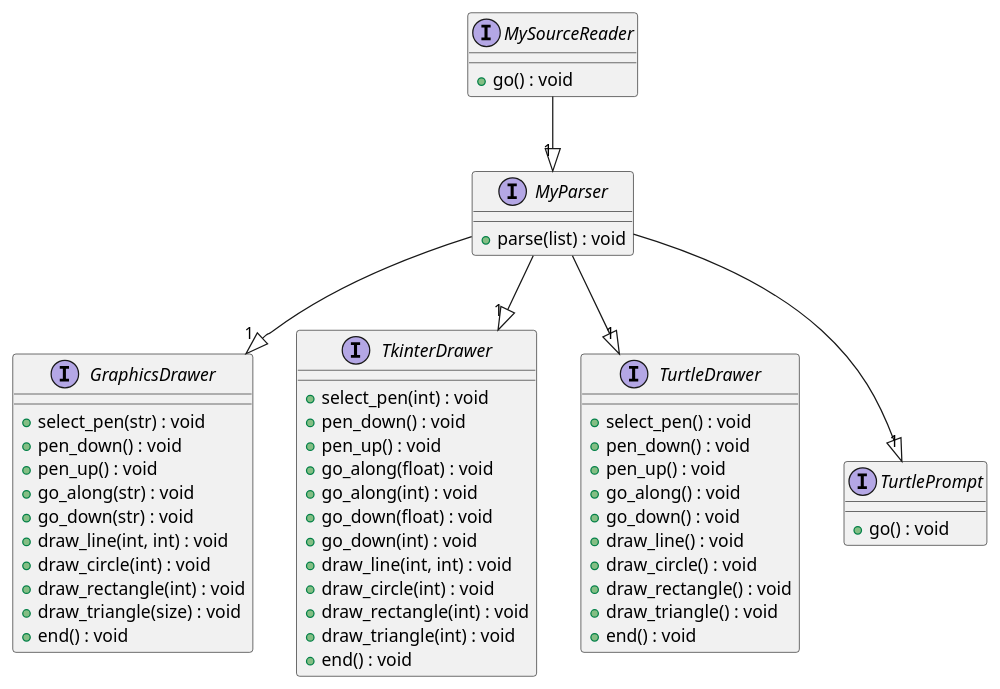
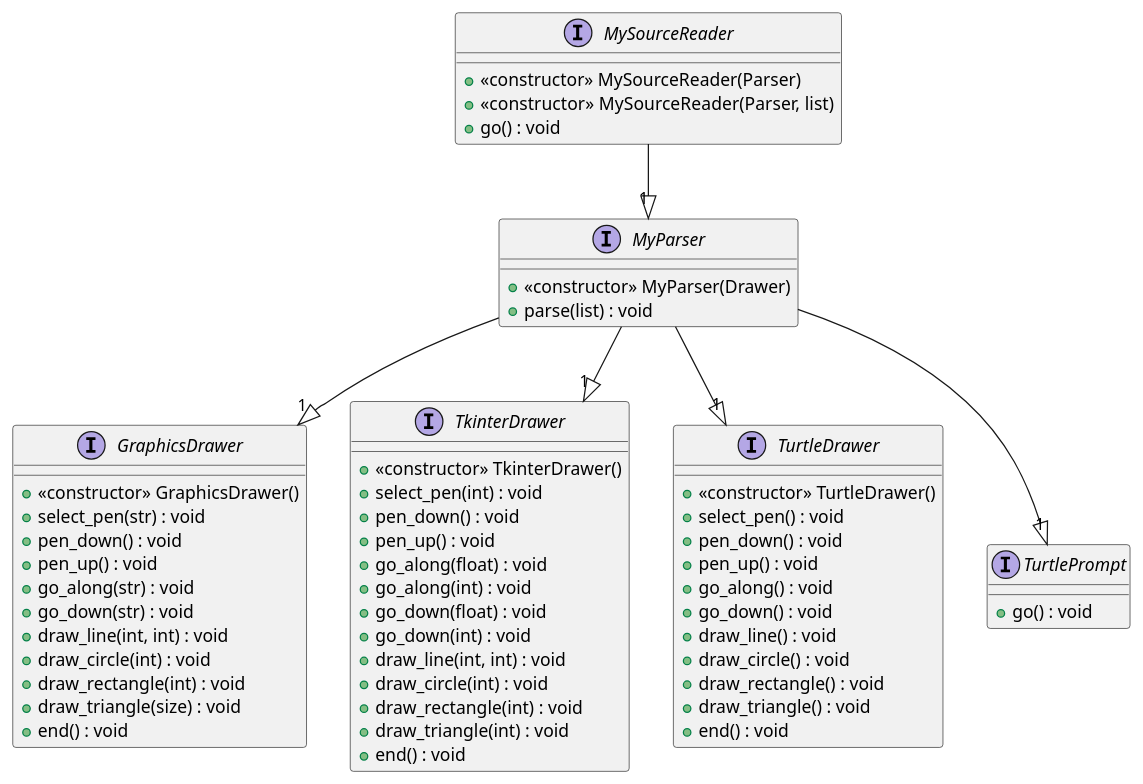
Before and after one commit to llouislu/bcpr301-a2: the diagram in docs/inteface_diagram.wsd, drawn with PlantUML.

Commit message:
add class constructor methods

```diff
--- a/docs/inteface_diagram.wsd
+++ b/docs/inteface_diagram.wsd
@@ -1,91 +1,98 @@
 @startuml
-interface MySourceReader {  
+interface MySourceReader {
++ <<constructor>> MySourceReader(Parser)
+' !! not sure the type of file
++ <<constructor>> MySourceReader(Parser, list)
 + go() : void
 }
 interface MyParser{
++ <<constructor>> MyParser(Drawer)
 + parse(list) : void
 }
 interface GraphicsDrawer{
++ <<constructor>> GraphicsDrawer()
 + select_pen(str) : void
 + pen_down() : void
 + pen_up() : void
 + go_along(str) : void
 + go_down(str) : void
 + draw_line(int, int) : void
 + draw_circle(int) : void
 + draw_rectangle(int) : void
 ' !!size is not used
 + draw_triangle(size) : void
 + end() : void
 }
 interface TkinterDrawer{
++ <<constructor>> TkinterDrawer()
 + select_pen(int) : void
 + pen_down() : void
 + pen_up() : void
 + go_along(float) : void
 + go_along(int) : void
 + go_down(float) : void
 + go_down(int) : void
 + draw_line(int, int) : void
 + draw_circle(int) : void
 ' !!size is not used
 + draw_rectangle(int) : void
 ' !!size is not used
 + draw_triangle(int) : void
 + end() : void
 }
 interface TurtleDrawer{
++ <<constructor>> TurtleDrawer()
 + select_pen() : void
 + pen_down() : void
 + pen_up() : void
 + go_along() : void
 + go_down() : void
 + draw_line() : void
 + draw_circle() : void
 + draw_rectangle() : void
 + draw_triangle() : void
 + end() : void
 }
 interface TurtlePrompt{
 ' + do_p(int) : void
 ' + do_d() : void
 ' + do_u() : void
 ' + do_x() : void
 ' + do_y() : void
 ' + do_n() : void
 ' + do_e() : void
 ' + do_w() : void
 ' + do_s() : void
 ' + do_c() : void
 ' + do_r() : void
 ' + do_t() : void
 ' + do_exit() : void
 ' + default() : void
 + go() : void
 }
 ' interface ErrorChecking {
 ' check()
 ' notAInt()
 ' notAString()
 ' notAList()
 ' notABool()
 ' notAFloat()
 ' notAFloatOrInt()
 ' error_message()
 ' }
 ' interface Dest{
 ' getDesination()
 ' }
 
 
 MySourceReader --|> "1" MyParser
 MyParser --|> "1" GraphicsDrawer
 MyParser --|> "1" TkinterDrawer
 MyParser --|> "1" TurtleDrawer
 MyParser --|> "1" TurtlePrompt
 ' ErrorChecking --|> "1" GraphicsDrawer
 ' ErrorChecking --|> "1" TkinterDrawer
 ' ErrorChecking --|> "1" TurtleDrawer
 ' Dest "1" --|> "1" TkinterDrawer
 ' Dest --|> "1" GraphicsDrawer
 @enduml
```
